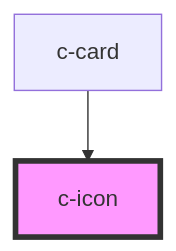
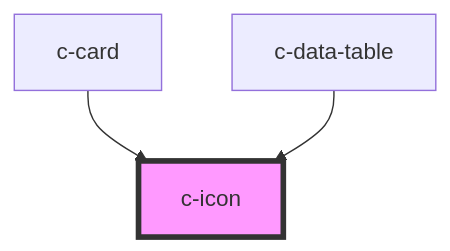
One commit to hannyle/csc-ui changed the diagram in src/components/c-icon/readme.md. Above: the diagram before and after it, drawn with Mermaid. The commit also changed other lines of this file and 22 other files, not shown here.

````diff
--- a/src/components/c-icon/readme.md
+++ b/src/components/c-icon/readme.md
@@ -24,5 +25,6 @@
 ```mermaid
 graph TD;
   c-card --> c-icon
+  c-data-table --> c-icon
   style c-icon fill:#f9f,stroke:#333,stroke-width:4px
 ```
````
